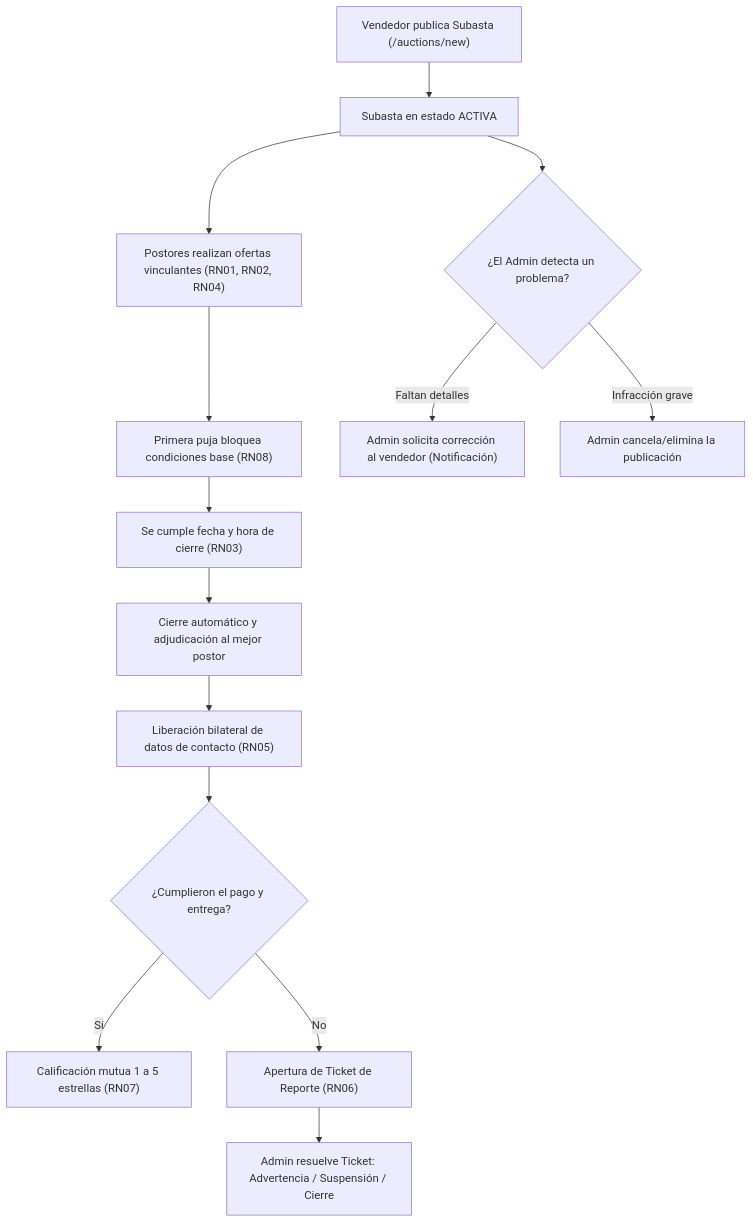
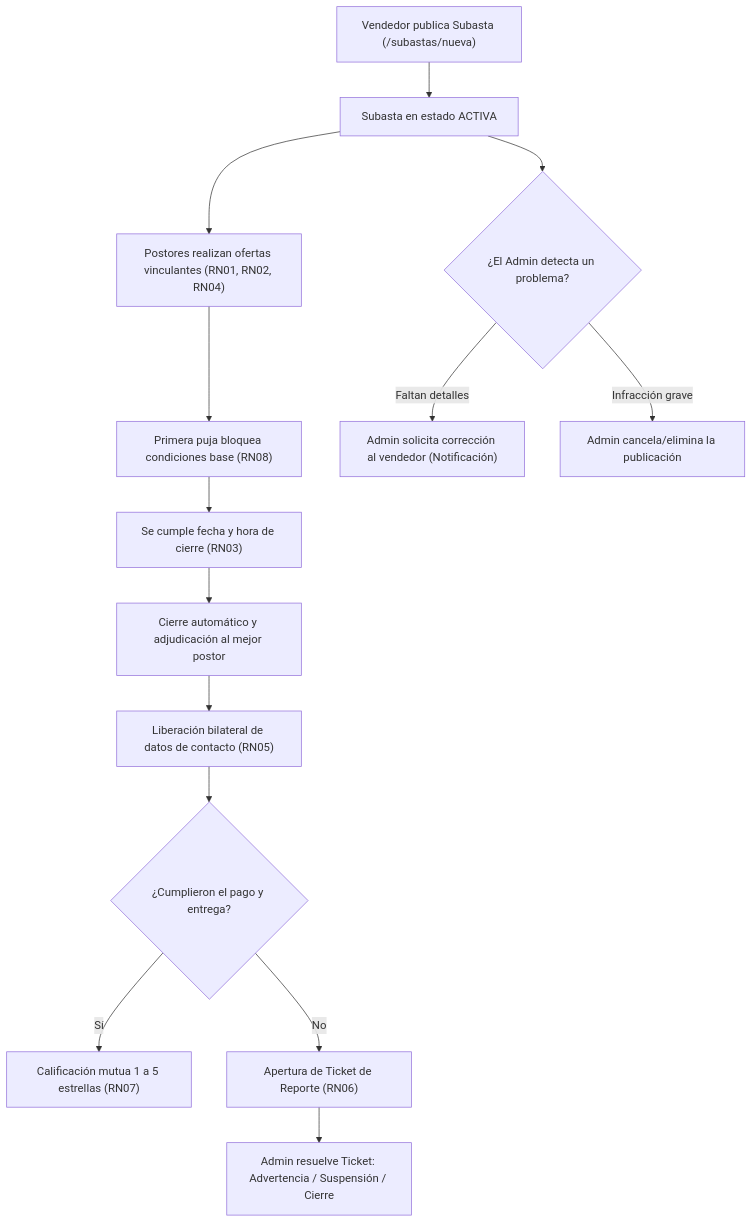
Before and after one commit to LeooQuipildor/BidZone: the diagram in README.md, drawn with Mermaid. The commit also changed other lines of this file, not shown here.

````diff
--- a/README.md
+++ b/README.md
@@ -103,16 +105,16 @@
 ```mermaid
 flowchart TD
-    A["Vendedor publica Subasta (/auctions/new)"] --> B["Subasta en estado ACTIVA"]
+    A["Vendedor publica Subasta (/subastas/nueva)"] --> B["Subasta en estado ACTIVA"]
     B --> C["Postores realizan ofertas vinculantes (RN01, RN02, RN04)"]
     C --> D["Primera puja bloquea condiciones base (RN08)"]
     B --> E{"¿El Admin detecta un problema?"}
     E -- "Faltan detalles" --> F["Admin solicita corrección al vendedor (Notificación)"]
     E -- "Infracción grave" --> G["Admin cancela/elimina la publicación"]
     D --> H["Se cumple fecha y hora de cierre (RN03)"]
     H --> I["Cierre automático y adjudicación al mejor postor"]
     I --> J["Liberación bilateral de datos de contacto (RN05)"]
     J --> K{"¿Cumplieron el pago y entrega?"}
     K -- "Sí" --> L["Calificación mutua 1 a 5 estrellas (RN07)"]
     K -- "No" --> M["Apertura de Ticket de Reporte (RN06)"]
     M --> N["Admin resuelve Ticket: Advertencia / Suspensión / Cierre"]
 ```
````
